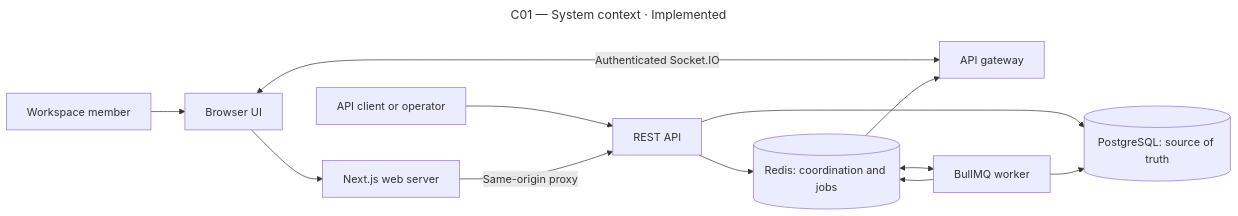
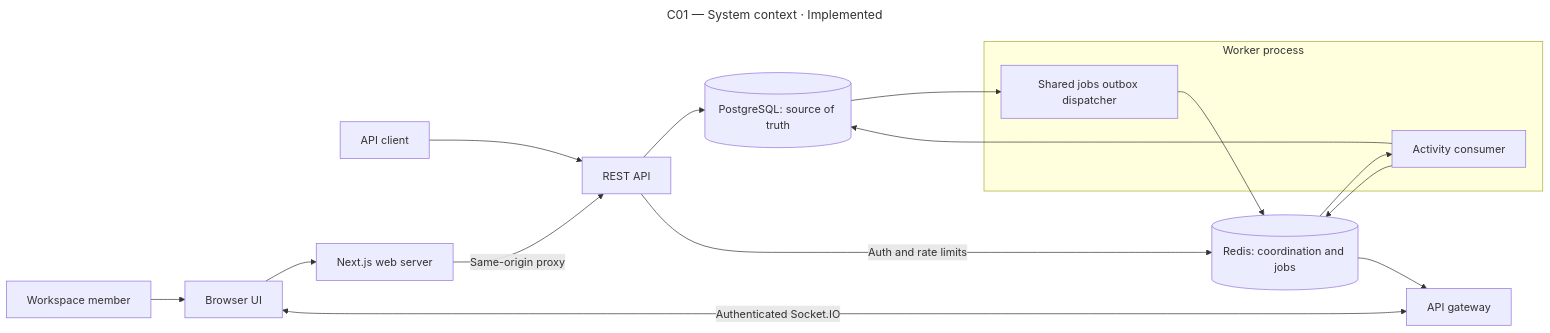
Before and after one commit to ashvir99260/flowboard: the diagram in docs/diagrams/sources/c01-system-context.mmd, drawn with Mermaid. The commit also changed 42 other files, not shown here.

Commit message:
docs: reconcile architecture with deployed services

```diff
--- a/docs/diagrams/sources/c01-system-context.mmd
+++ b/docs/diagrams/sources/c01-system-context.mmd
@@ -1,15 +1,21 @@
 ---
 title: "C01 — System context · Implemented"
 ---
 flowchart LR
   Person[Workspace member] --> Browser[Browser UI]
-  Operator[API client or operator] --> REST[REST API]
+  Operator[API client] --> REST[REST API]
   Browser --> Web[Next.js web server]
   Web -->|Same-origin proxy| REST
   Browser <-->|Authenticated Socket.IO| Gateway[API gateway]
   REST --> DB[(PostgreSQL: source of truth)]
-  REST --> Queue[(Redis: coordination and jobs)]
-  Queue <--> Worker[BullMQ worker]
+  REST -->|Auth and rate limits| Redis[(Redis: coordination and jobs)]
+  subgraph WorkerProcess[Worker process]
+    Dispatch[Shared jobs outbox dispatcher]
+    Worker[Activity consumer]
+  end
+  DB --> Dispatch
+  Dispatch --> Redis
+  Redis --> Worker
   Worker --> DB
-  Worker --> Queue
-  Queue --> Gateway
+  Worker --> Redis
+  Redis --> Gateway
```
